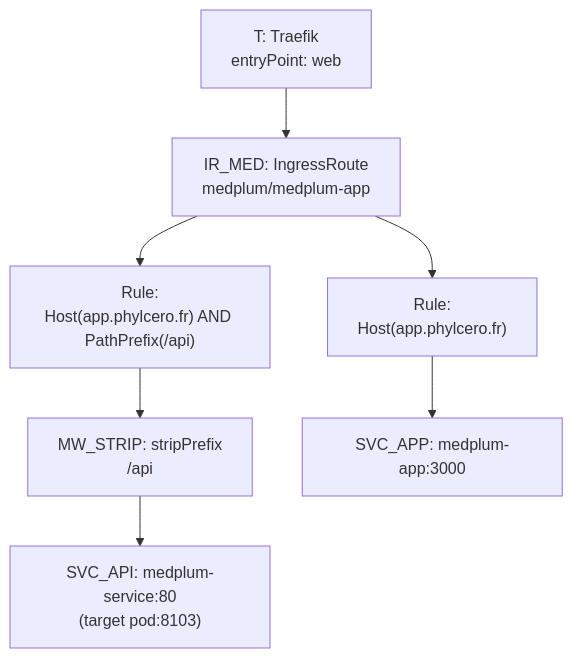
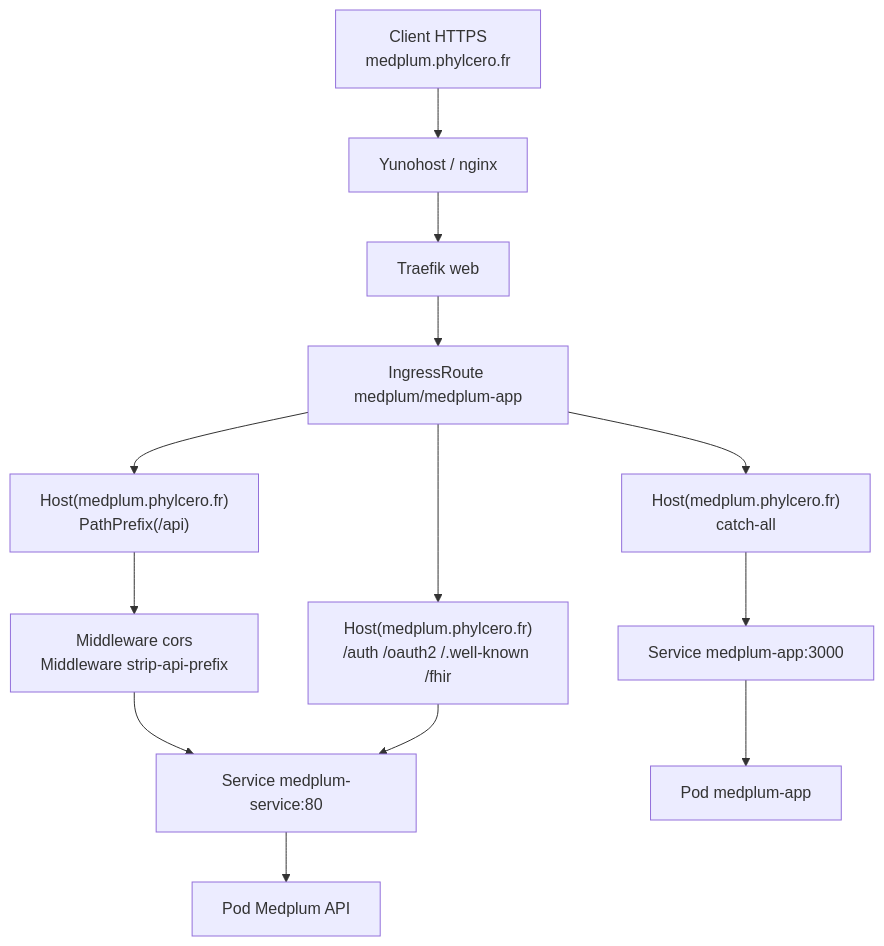
The second of 3 diagrams in docs/Archi_flux_1.md (jeromelegal/PompeTrack-K3s), drawn with Mermaid before and after one commit. The commit also changed other lines of this file and 8 other files, not shown here.

````diff
--- a/docs/Archi_flux_1.md
+++ b/docs/Archi_flux_1.md
@@ -45,14 +85,22 @@
 ```mermaid
 flowchart TB
-  T["T: Traefik\nentryPoint: web"] --> IR_MED["IR_MED: IngressRoute\nmedplum/medplum-app"]
+  client["Client HTTPS\nmedplum.phylcero.fr"]
+  yunohost["Yunohost / nginx"]
+  traefik["Traefik web"]
+  ir["IngressRoute medplum/medplum-app"]
 
-  R_API["Rule:\nHost(app.phylcero.fr) AND PathPrefix(/api)"]
-  MW_STRIP["MW_STRIP: stripPrefix\n/api"]
-  SVC_API["SVC_API: medplum-service:80\n(target pod:8103)"]
+  api_rule["Host(medplum.phylcero.fr)\nPathPrefix(/api)"]
+  api_mw["Middleware cors\nMiddleware strip-api-prefix"]
+  api_svc["Service medplum-service:80"]
+  api_pod["Pod Medplum API"]
 
-  R_UI["Rule:\nHost(app.phylcero.fr)"]
-  SVC_APP["SVC_APP: medplum-app:3000"]
+  auth_rule["Host(medplum.phylcero.fr)\n/auth /oauth2 /.well-known /fhir"]
+  ui_rule["Host(medplum.phylcero.fr)\ncatch-all"]
+  app_svc["Service medplum-app:3000"]
+  app_pod["Pod medplum-app"]
 
-  IR_MED --> R_API --> MW_STRIP --> SVC_API
-  IR_MED --> R_UI --> SVC_APP
+  client --> yunohost --> traefik --> ir
+  ir --> api_rule --> api_mw --> api_svc --> api_pod
+  ir --> auth_rule --> api_svc
+  ir --> ui_rule --> app_svc --> app_pod
 ```
````
